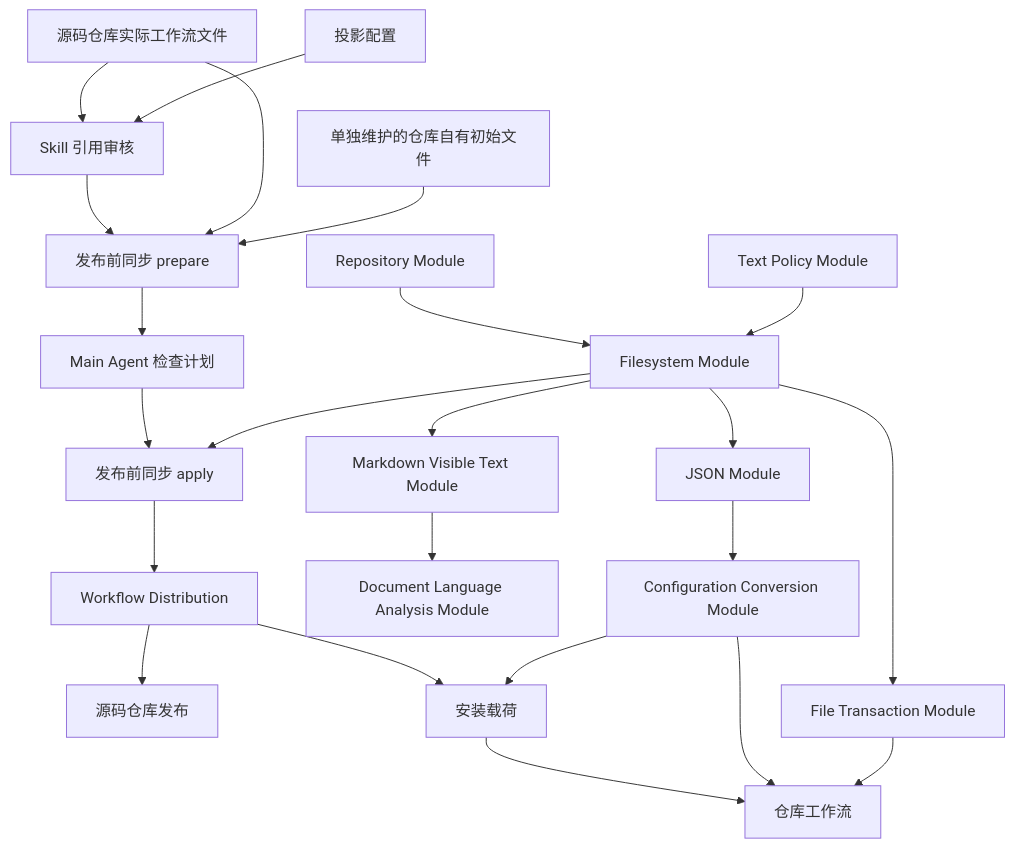
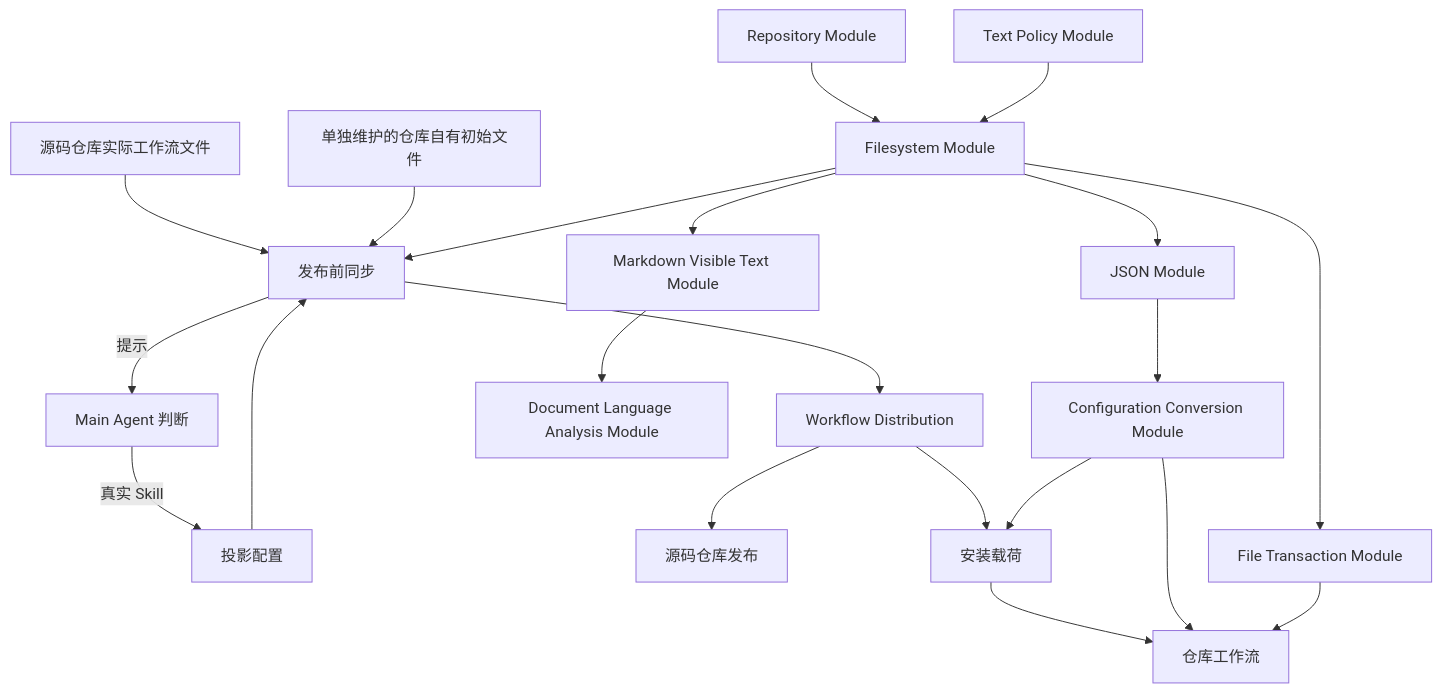
One commit to pellorao/agent-repository-workflow changed the diagram in docs/specs/agent-repository-workflow-development/spec.md. Above: the diagram before and after it, drawn with Mermaid. The commit also changed other lines of this file and 26 other files, not shown here.

````diff
--- a/docs/specs/agent-repository-workflow-development/spec.md
+++ b/docs/specs/agent-repository-workflow-development/spec.md
@@ -419,25 +414,23 @@
 ```mermaid
 flowchart TD
-  Actual[源码仓库实际工作流文件] --> Review[Skill 引用审核]
-  ProjectionConfig[投影配置] --> Review
-  Review --> SyncPrepare[发布前同步 prepare]
-  Actual --> SyncPrepare
-  Seeds[单独维护的仓库自有初始文件] --> SyncPrepare
-  SyncPrepare --> Authorization[Main Agent 检查计划]
-  Authorization --> SyncApply[发布前同步 apply]
-  SyncApply --> Distribution[Workflow Distribution]
+  Actual[源码仓库实际工作流文件] --> Sync[发布前同步]
+  ProjectionConfig[投影配置] --> Sync
+  Seeds[单独维护的仓库自有初始文件] --> Sync
+  Sync --> Distribution[Workflow Distribution]
+  Sync -->|提示| Judgment[Main Agent 判断]
+  Judgment -->|真实 Skill| ProjectionConfig
   Distribution --> Release[源码仓库发布]
   Distribution --> Installation[安装载荷]
   Installation --> RepositoryWorkflow[仓库工作流]
   RepositoryModule[Repository Module] --> Filesystem[Filesystem Module]
   Filesystem --> Transaction[File Transaction Module]
-  Filesystem --> SyncApply
+  Filesystem --> Sync
   Filesystem --> JSON[JSON Module]
   Filesystem --> Markdown[Markdown Visible Text Module]
   Markdown --> Language[Document Language Analysis Module]
   JSON --> Conversion[Configuration Conversion Module]
   Conversion --> Installation
   Conversion --> RepositoryWorkflow
   TextPolicy[Text Policy Module] --> Filesystem
   Transaction --> RepositoryWorkflow
 ```
````
